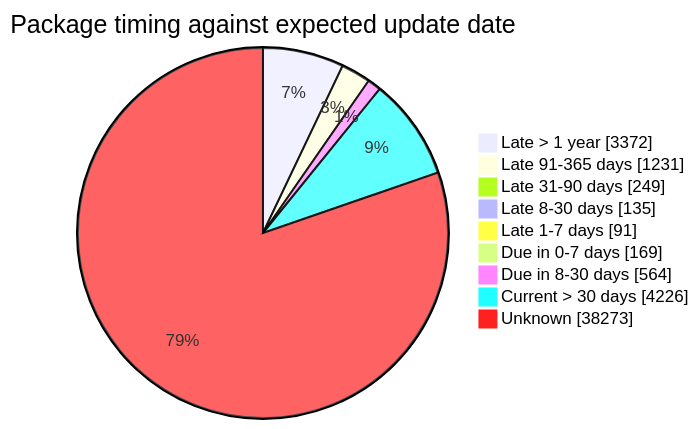
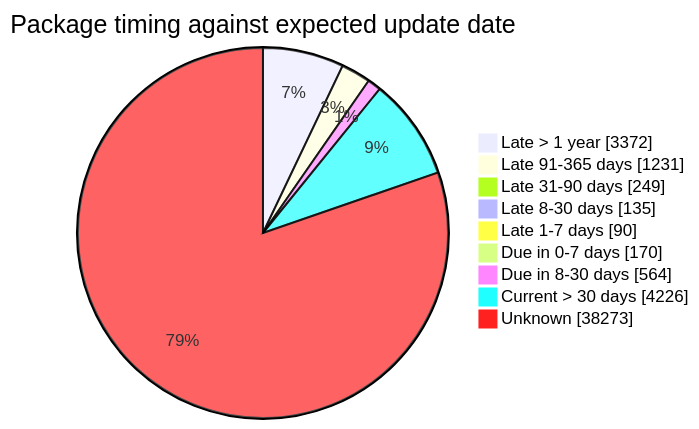
Before and after one commit to open-data/analytics-corporate-reporting: the fourth of 5 diagrams in FreshCheck/README.md, drawn with Mermaid. The commit also changed other lines of this file and 3 other files, not shown here.

````diff
--- a/FreshCheck/README.md
+++ b/FreshCheck/README.md
@@ -86,12 +86,12 @@
 ```mermaid
 pie showData title Package timing against expected update date
     "Late > 1 year": 3372
     "Late 91-365 days": 1231
     "Late 31-90 days": 249
     "Late 8-30 days": 135
-    "Late 1-7 days": 91
-    "Due in 0-7 days": 169
+    "Late 1-7 days": 90
+    "Due in 0-7 days": 170
     "Due in 8-30 days": 564
     "Current > 30 days": 4226
     "Unknown": 38273
 ```
````
